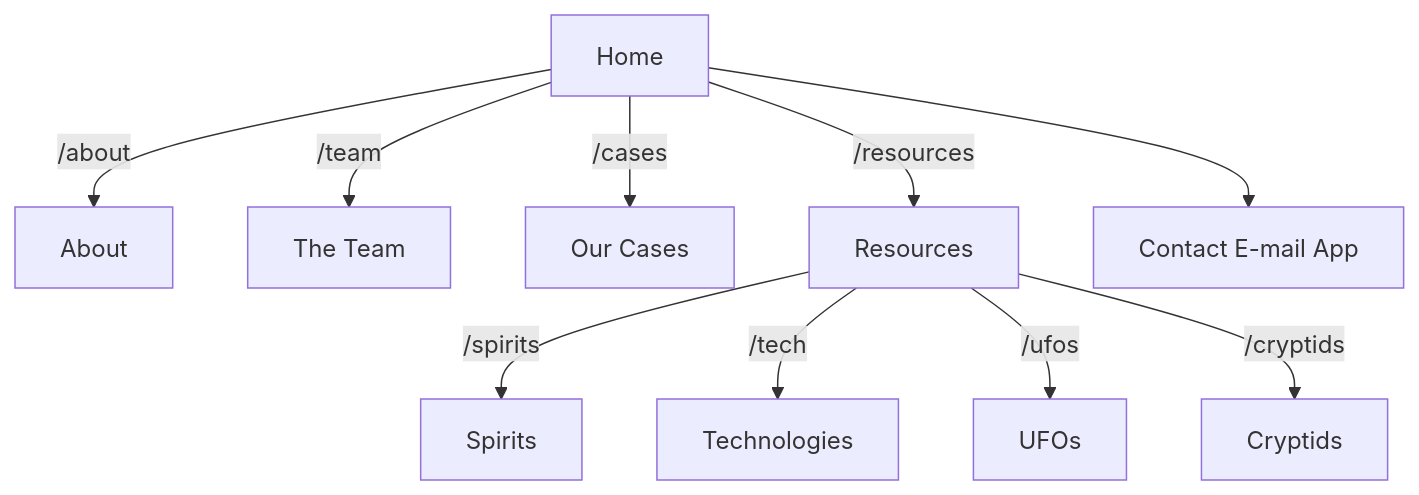
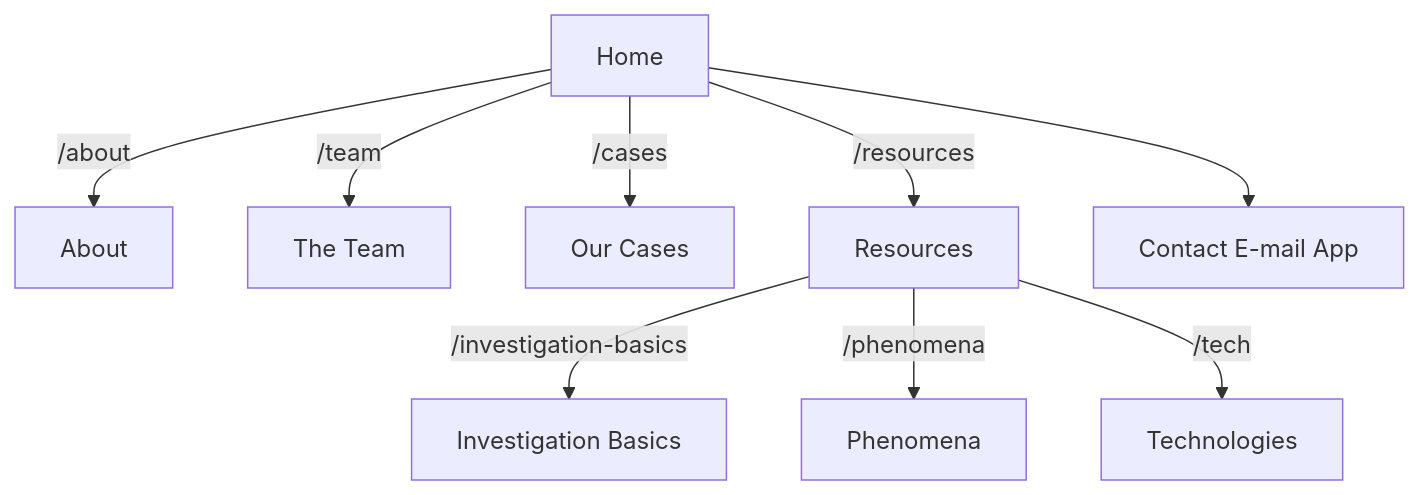
Before and after one commit to Skylands-Developers/skylands-paranormal: the diagram in README.md, drawn with Mermaid. The commit also changed 7 other files, not shown here.

Commit message:
Reorganize and collapse pages; add investigation basics and techniques

````diff
--- a/README.md
+++ b/README.md
@@ -18,12 +18,11 @@
 ```mermaid
 flowchart TB;
 	Home--/about-->About;
 	Home--/team-->TheTeam[The Team];
 	Home--/cases-->OurCases[Our Cases];
 	Home--/resources-->Resources;
 	Home-->ContactUs[Contact E-mail App];
-	Resources--/spirits-->Spirits
+	Resources--/investigation-basics-->InvestigationBasics[Investigation Basics]
+	Resources--/phenomena-->Phenomena
 	Resources--/tech-->Technologies
-	Resources--/ufos-->UFOs
-	Resources--/cryptids-->Cryptids
 ```
````
